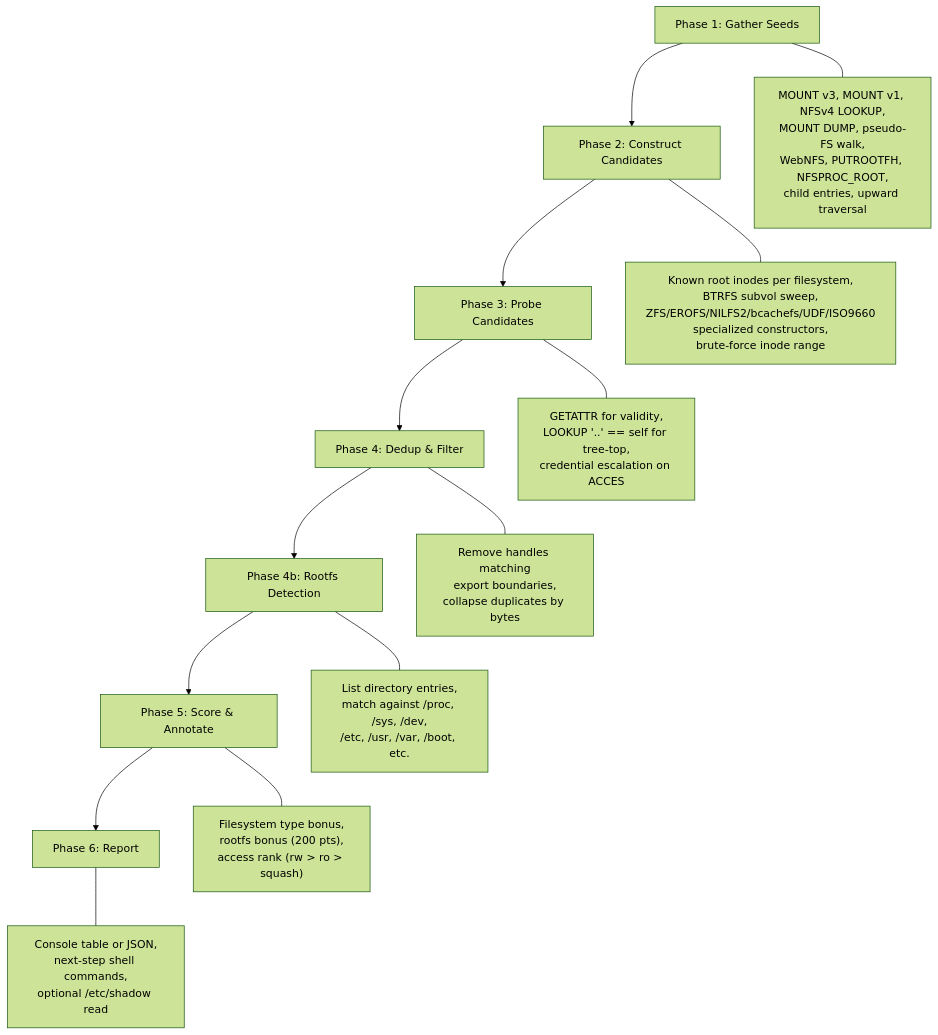
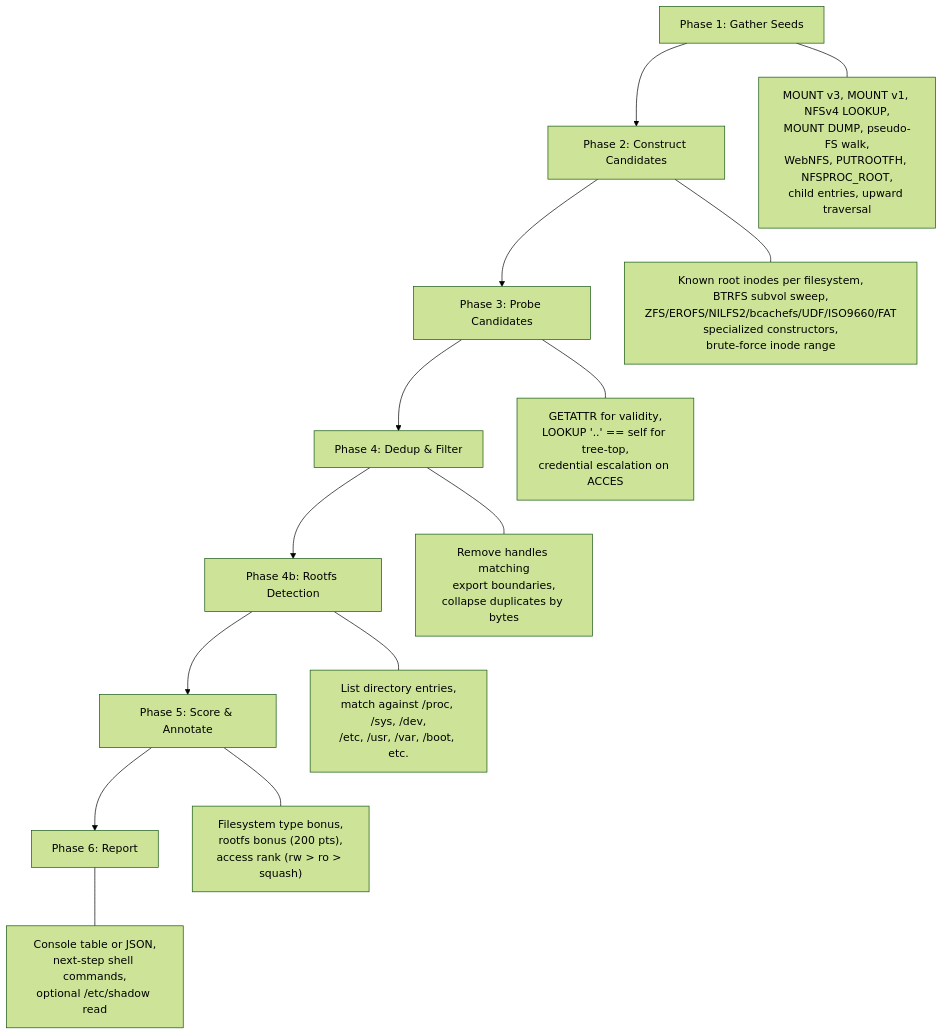
One commit to StrongWind1/NFSWolf changed the diagram in docs/usage/escape.md. Above: the diagram before and after it, drawn with Mermaid (forest theme). The commit also changed other lines of this file and 16 other files, not shown here.

````diff
--- a/docs/usage/escape.md
+++ b/docs/usage/escape.md
@@ -71,25 +73,25 @@
 ```mermaid
 flowchart TD
     P1["Phase 1: Gather Seeds"]
     P2["Phase 2: Construct Candidates"]
     P3["Phase 3: Probe Candidates"]
     P4["Phase 4: Dedup & Filter"]
     P4b["Phase 4b: Rootfs Detection"]
     P5["Phase 5: Score & Annotate"]
     P6["Phase 6: Report"]
 
     P1 --> P2
     P2 --> P3
     P3 --> P4
     P4 --> P4b
     P4b --> P5
     P5 --> P6
 
     P1 --- N1["MOUNT v3, MOUNT v1, NFSv4 LOOKUP,\nMOUNT DUMP, pseudo-FS walk,\nWebNFS, PUTROOTFH, NFSPROC_ROOT,\nchild entries, upward traversal"]
-    P2 --- N2["Known root inodes per filesystem,\nBTRFS subvol sweep,\nZFS/EROFS/NILFS2/bcachefs/UDF/ISO9660\nspecialized constructors,\nbrute-force inode range"]
+    P2 --- N2["Known root inodes per filesystem,\nBTRFS subvol sweep,\nZFS/EROFS/NILFS2/bcachefs/UDF/ISO9660/FAT\nspecialized constructors,\nbrute-force inode range"]
     P3 --- N3["GETATTR for validity,\nLOOKUP '..' == self for tree-top,\ncredential escalation on ACCES"]
     P4 --- N4["Remove handles matching\nexport boundaries,\ncollapse duplicates by bytes"]
     P4b --- N5["List directory entries,\nmatch against /proc, /sys, /dev,\n/etc, /usr, /var, /boot, etc."]
     P5 --- N6["Filesystem type bonus,\nrootfs bonus (200 pts),\naccess rank (rw > ro > squash)"]
     P6 --- N7["Console table or JSON,\nnext-step shell commands,\noptional /etc/shadow read"]
 ```
````
